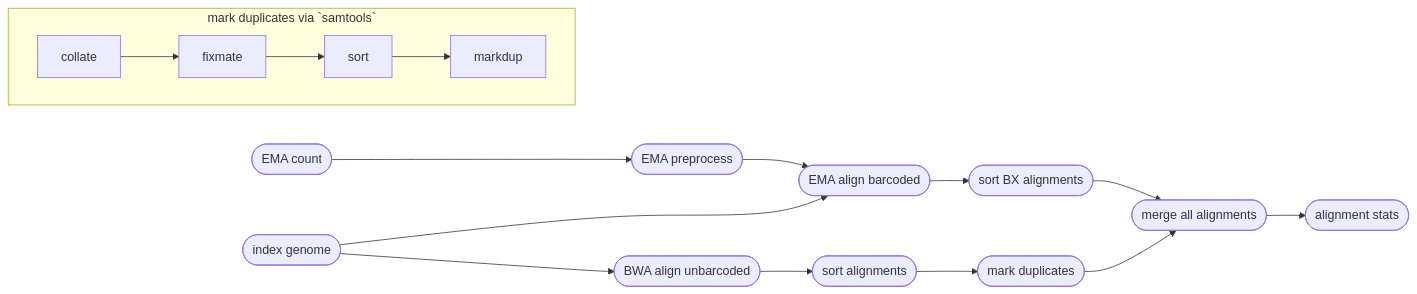
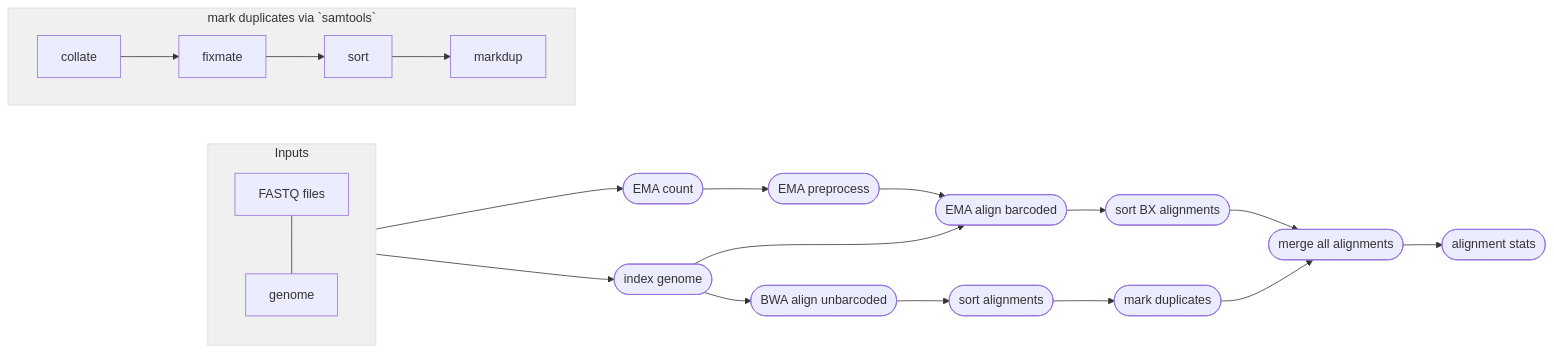
One commit to pdimens/harpy changed the diagram in Modules/Align/ema.md. Above: the diagram before and after it, drawn with Mermaid. The commit also changed 10 other files, not shown here.

Commit message:
make all the mermaids nicer

````diff
--- a/Modules/Align/ema.md
+++ b/Modules/Align/ema.md
@@ -104,20 +104,26 @@
 ```mermaid
 graph LR
+    subgraph Inputs
+        trm[FASTQ files]---geno[genome]
+    end
+    Inputs-->A & IDX
     A([EMA count]) --> B([EMA preprocess])
     B-->C([EMA align barcoded])
     C-->D([sort BX alignments])
     D-->F([merge all alignments])
     IDX([index genome])-->C
     IDX-->Z([BWA align unbarcoded])
     Z-->Y([sort alignments])
     Y-->X([mark duplicates])
     X-->F
     F-->J([alignment stats])
     subgraph markdp [mark duplicates via `samtools`]
         direction LR
         collate-->fixmate
         fixmate-->sort
         sort-->markdup
     end
+    style markdp fill:#f0f0f0,stroke:#e8e8e8,stroke-width:2px
+    style Inputs fill:#f0f0f0,stroke:#e8e8e8,stroke-width:2px
 
 ```
````
